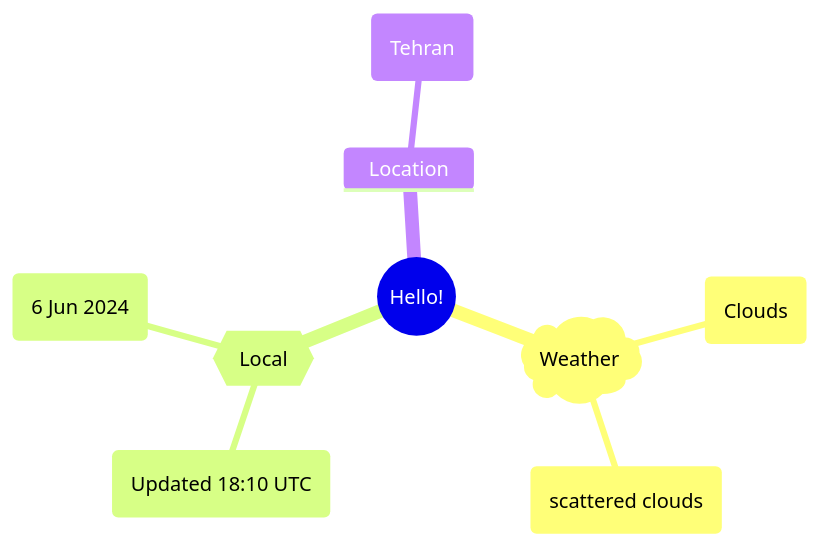
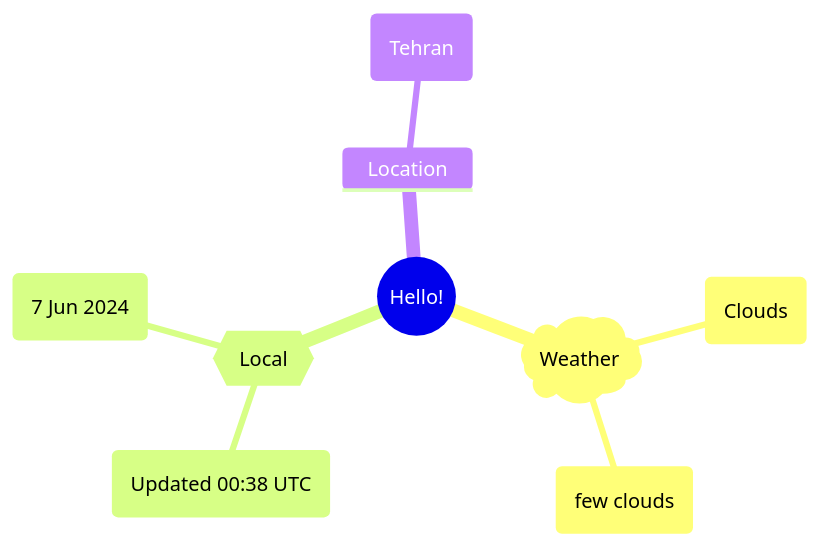
One commit to Xosrov/Xosrov changed the first of 2 diagrams in README.md. Above: the diagram before and after it, drawn with Mermaid.

Commit message:
[bot] updated images

````diff
--- a/README.md
+++ b/README.md
@@ -3,12 +3,12 @@
 ```mermaid
 mindmap
   root((Hello!))
     )Weather(
         (Clouds)
-        (scattered clouds)
+        (few clouds)
     {{Local}}
-        (Updated 18:10 UTC)
-        (6 Jun 2024)
+        (Updated 00:38 UTC)
+        (7 Jun 2024)
     Location
         (Tehran)
 ```
````
